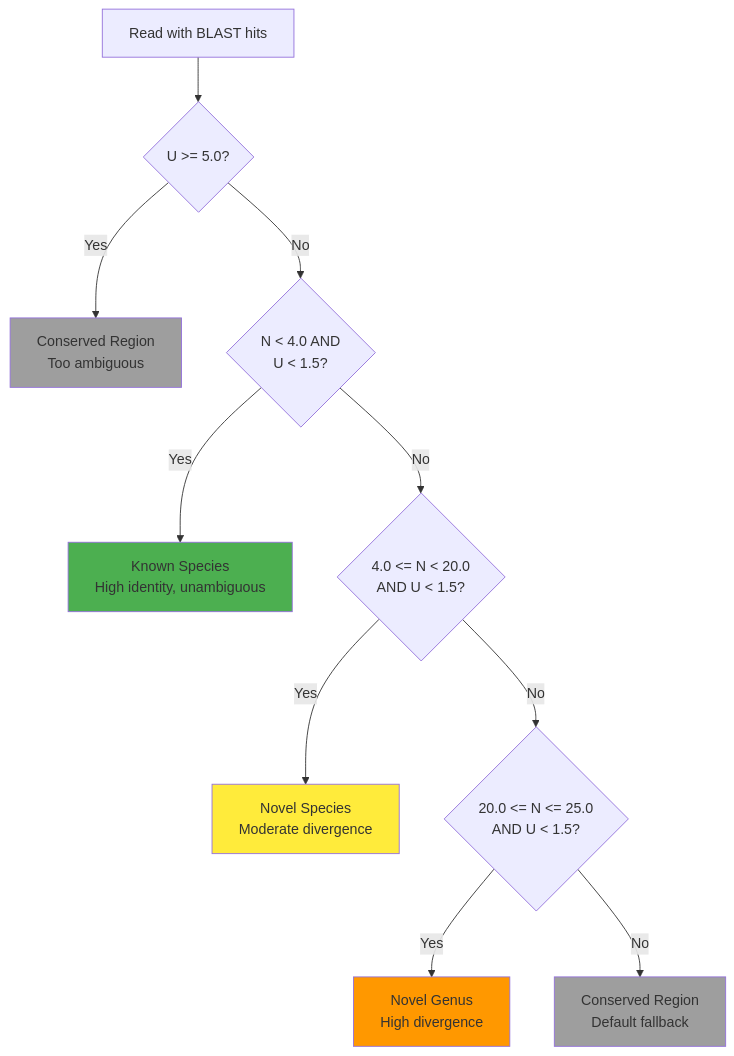
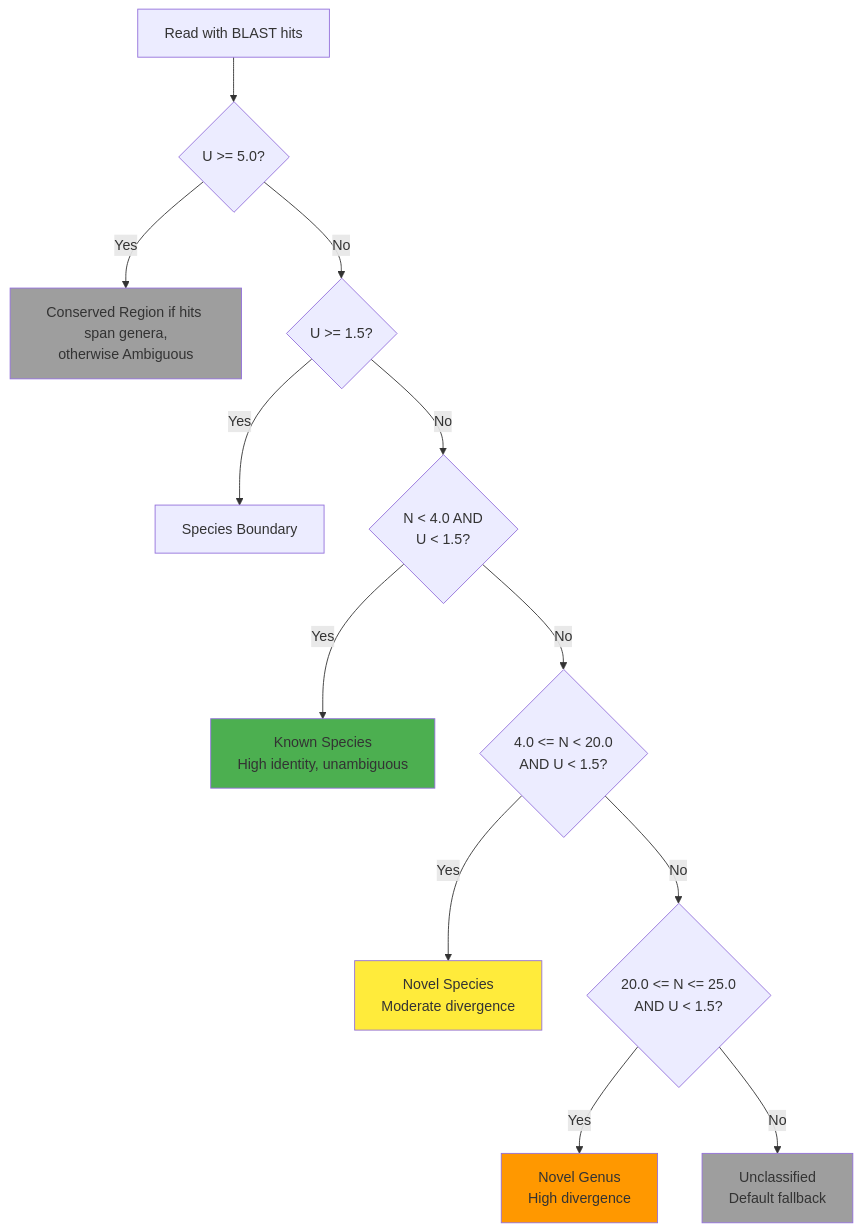
The third of 4 diagrams in docs/TECHNICAL_MANUAL.md (FOI-Bioinformatics/metadarkmatter), drawn with Mermaid before and after one commit. The commit also changed other lines of this file and 3 other files, not shown here.

````diff
--- a/docs/TECHNICAL_MANUAL.md
+++ b/docs/TECHNICAL_MANUAL.md
@@ -276,26 +301,28 @@
 ```mermaid
 graph TD
     START[Read with BLAST hits] --> CHECK_U{U >= 5.0?}
 
-    CHECK_U -->|Yes| CONSERVED[Conserved Region<br/>Too ambiguous]
+    CHECK_U -->|Yes| CONSERVED[Conserved Region if hits span genera,<br/>otherwise Ambiguous]
 
-    CHECK_U -->|No| CHECK_KNOWN{N < 4.0 AND<br/>U < 1.5?}
+    CHECK_U -->|No| CHECK_SB{U >= 1.5?}
+    CHECK_SB -->|Yes| SB[Species Boundary]
+    CHECK_SB -->|No| CHECK_KNOWN{N < 4.0 AND<br/>U < 1.5?}
 
     CHECK_KNOWN -->|Yes| KNOWN[Known Species<br/>High identity, unambiguous]
 
     CHECK_KNOWN -->|No| CHECK_NOVEL_SP{4.0 <= N < 20.0<br/>AND U < 1.5?}
 
     CHECK_NOVEL_SP -->|Yes| NOVEL_SP[Novel Species<br/>Moderate divergence]
 
     CHECK_NOVEL_SP -->|No| CHECK_NOVEL_GEN{20.0 <= N <= 25.0<br/>AND U < 1.5?}
 
     CHECK_NOVEL_GEN -->|Yes| NOVEL_GEN[Novel Genus<br/>High divergence]
 
-    CHECK_NOVEL_GEN -->|No| DEFAULT[Conserved Region<br/>Default fallback]
+    CHECK_NOVEL_GEN -->|No| DEFAULT[Unclassified<br/>Default fallback]
 
     style NOVEL_SP fill:#ffeb3b
     style NOVEL_GEN fill:#ff9800
     style KNOWN fill:#4caf50
     style CONSERVED fill:#9e9e9e
     style DEFAULT fill:#9e9e9e
 ```
````
